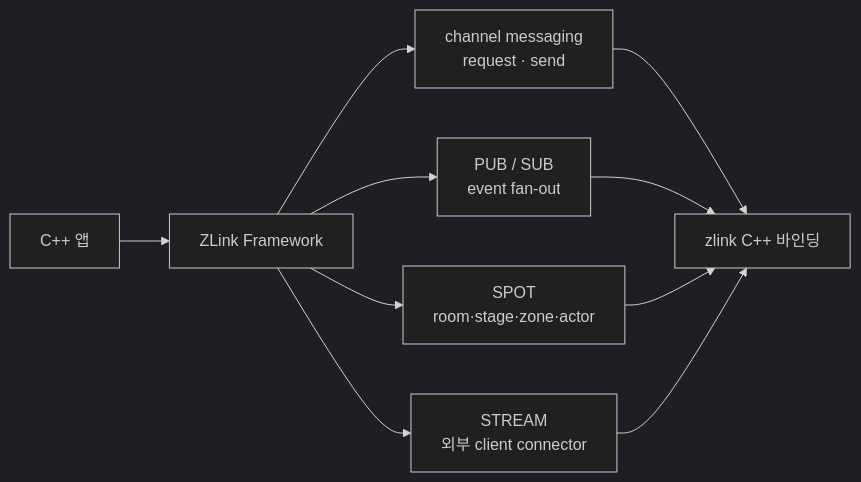
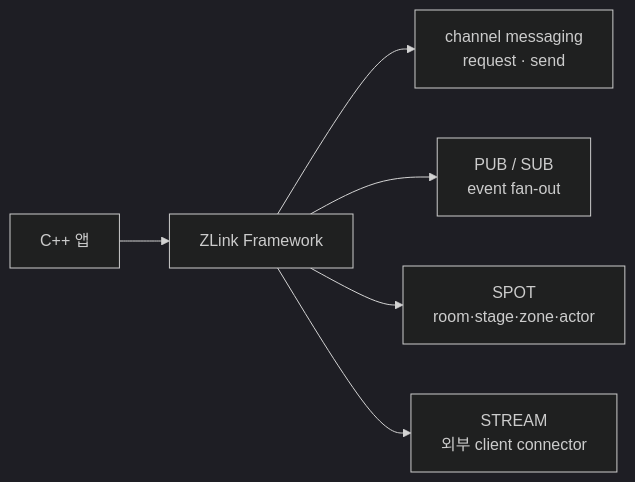
Before and after one commit to kairos-code-dev/zlink: the first of 2 diagrams in framework/doc/framework/cpp/guide/01-overview.ko.md, drawn with Mermaid (dark theme). The commit also changed other lines of this file and 93 other files, not shown here.

````diff
--- a/framework/doc/framework/cpp/guide/01-overview.ko.md
+++ b/framework/doc/framework/cpp/guide/01-overview.ko.md
@@ -242,9 +221,8 @@
 ```mermaid
 flowchart LR
   App[C++ 앱] --> FW[ZLink Framework]
   FW --> CM[channel messaging<br/>request · send]
   FW --> PS[PUB / SUB<br/>event fan-out]
   FW --> SP[SPOT<br/>room·stage·zone·actor]
   FW --> ST[STREAM<br/>외부 client connector]
-  CM & PS & SP & ST --> ZB[zlink C++ 바인딩]
 ```
````
